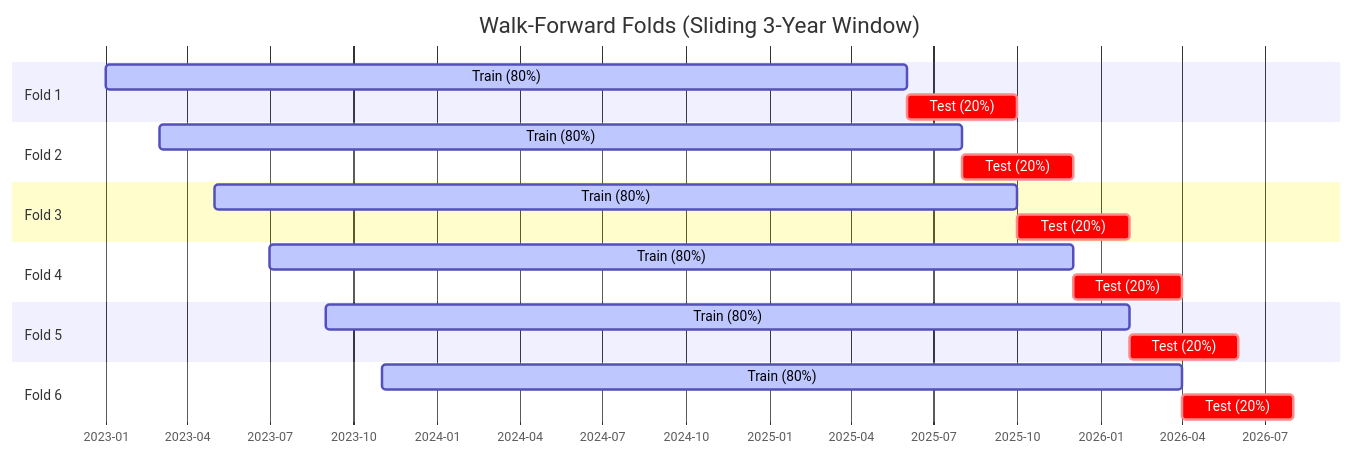
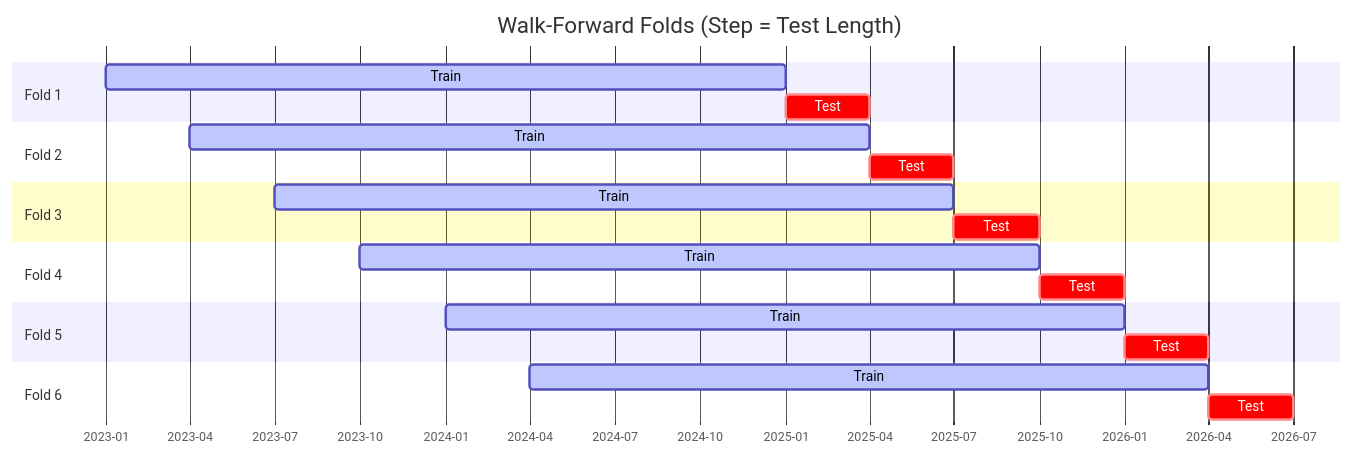
One commit to garykuepper/ggTrader changed the diagram in docs/UNIFIED_PIPELINE.md. Above: the diagram before and after it, drawn with Mermaid. The commit also changed other lines of this file and 1 other file, not shown here.

Commit message:
docs: Add UNIFIED_PIPELINE.md and architecture.md detailing the unified CLI guide and technical architecture.

````diff
--- a/docs/UNIFIED_PIPELINE.md
+++ b/docs/UNIFIED_PIPELINE.md
@@ -89,30 +89,30 @@
 ```mermaid
 gantt
-    title Walk-Forward Folds (Sliding 3-Year Window)
+    title Walk-Forward Folds (Step = Test Length)
     dateFormat  YYYY-MM-DD
     axisFormat  %Y-%m
     
     section Fold 1
-    Train (80%) :active, f1_train, 2023-01-01, 2025-06-01
-    Test (20%)  :crit, f1_test, 2025-06-01, 2025-10-01
+    Train       :active, f1_tr, 2023-01-01, 2025-01-01
+    Test        :crit, f1_ts, 2025-01-01, 2025-04-01
     
     section Fold 2
-    Train (80%) :active, f2_train, 2023-03-01, 2025-08-01
-    Test (20%)  :crit, f2_test, 2025-08-01, 2025-12-01
+    Train       :active, f2_tr, 2023-04-01, 2025-04-01
+    Test        :crit, f2_ts, 2025-04-01, 2025-07-01
     
     section Fold 3
-    Train (80%) :active, f3_train, 2023-05-01, 2025-10-01
-    Test (20%)  :crit, f3_test, 2025-10-01, 2026-02-01
+    Train       :active, f3_tr, 2023-07-01, 2025-07-01
+    Test        :crit, f3_ts, 2025-07-01, 2025-10-01
     
     section Fold 4
-    Train (80%) :active, f4_train, 2023-07-01, 2025-12-01
-    Test (20%)  :crit, f4_test, 2025-12-01, 2026-04-01
+    Train       :active, f4_tr, 2023-10-01, 2025-10-01
+    Test        :crit, f4_ts, 2025-10-01, 2026-01-01
 
     section Fold 5
-    Train (80%) :active, f5_train, 2023-09-01, 2026-02-01
-    Test (20%)  :crit, f5_test, 2026-02-01, 2026-06-01
+    Train       :active, f5_tr, 2024-01-01, 2026-01-01
+    Test        :crit, f5_ts, 2026-01-01, 2026-04-01
 
     section Fold 6
-    Train (80%) :active, f6_train, 2023-11-01, 2026-04-01
-    Test (20%)  :crit, f6_test, 2026-04-01, 2026-08-01
+    Train       :active, f6_tr, 2024-04-01, 2026-04-01
+    Test        :crit, f6_ts, 2026-04-01, 2026-07-01
 ```
````
